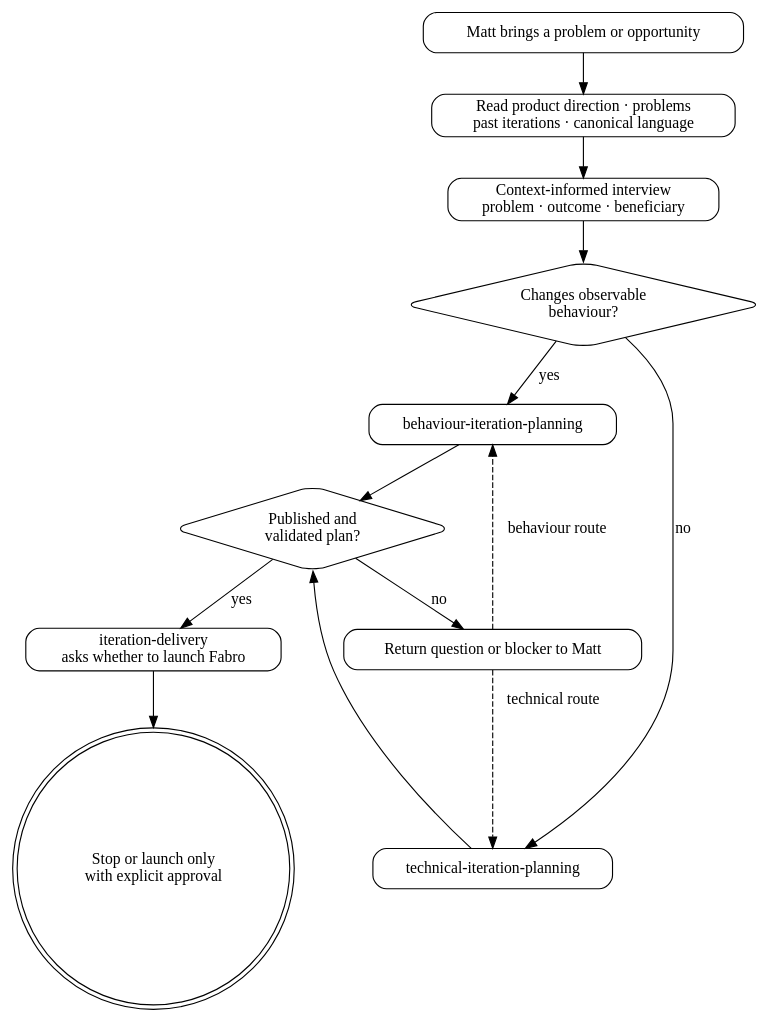
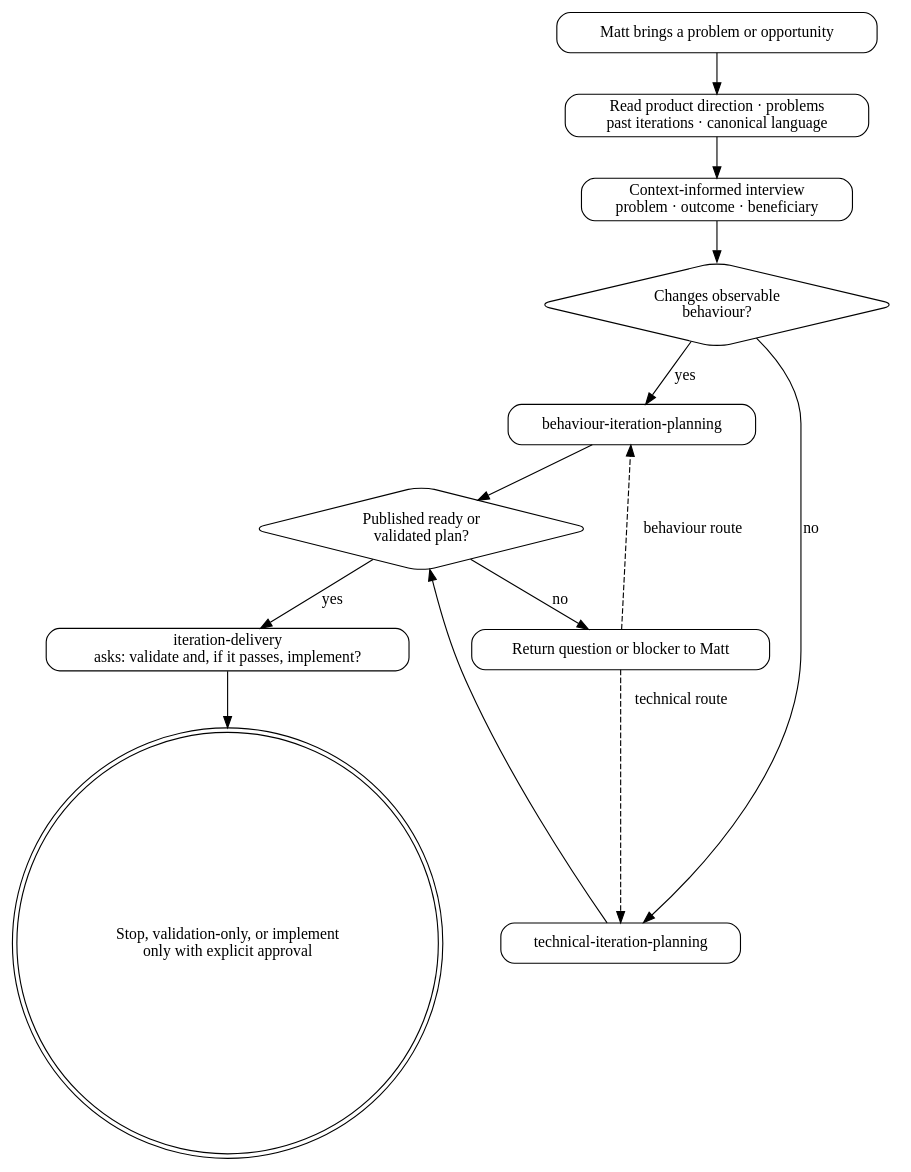
Before and after one commit to mattwynne/memba: the diagram in .pi/skills/iteration-planning/SKILL.md, drawn with Graphviz. The commit also changed other lines of this file and 13 other files, not shown here.

````diff
--- a/.pi/skills/iteration-planning/SKILL.md
+++ b/.pi/skills/iteration-planning/SKILL.md
@@ -48,28 +49,28 @@
 ```dot
 digraph iteration_planning {
   rankdir=TB;
   node [shape=box, style="rounded"];
 
   start [label="Matt brings a problem or opportunity"];
   context [label="Read product direction · problems\npast iterations · canonical language"];
   intake [label="Context-informed interview\nproblem · outcome · beneficiary"];
   classify [shape=diamond, label="Changes observable\nbehaviour?"];
   behaviour [label="behaviour-iteration-planning"];
   technical [label="technical-iteration-planning"];
-  result [shape=diamond, label="Published and\nvalidated plan?"];
+  result [shape=diamond, label="Published ready or\nvalidated plan?"];
   blocked [label="Return question or blocker to Matt"];
-  delivery [label="iteration-delivery\nasks whether to launch Fabro"];
-  stop [shape=doublecircle, label="Stop or launch only\nwith explicit approval"];
+  delivery [label="iteration-delivery\nasks: validate and, if it passes, implement?"];
+  stop [shape=doublecircle, label="Stop, validation-only, or implement\nonly with explicit approval"];
 
   start -> context -> intake -> classify;
   classify -> behaviour [label="yes"];
   classify -> technical [label="no"];
   behaviour -> result;
   technical -> result;
   result -> blocked [label="no"];
   blocked -> behaviour [label="behaviour route", style=dashed];
   blocked -> technical [label="technical route", style=dashed];
   result -> delivery [label="yes"];
   delivery -> stop;
 }
 ```
````
